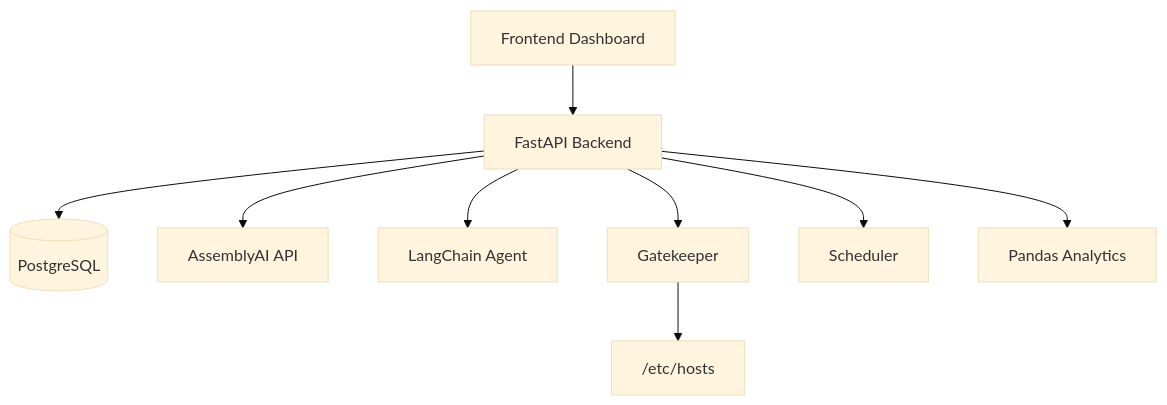
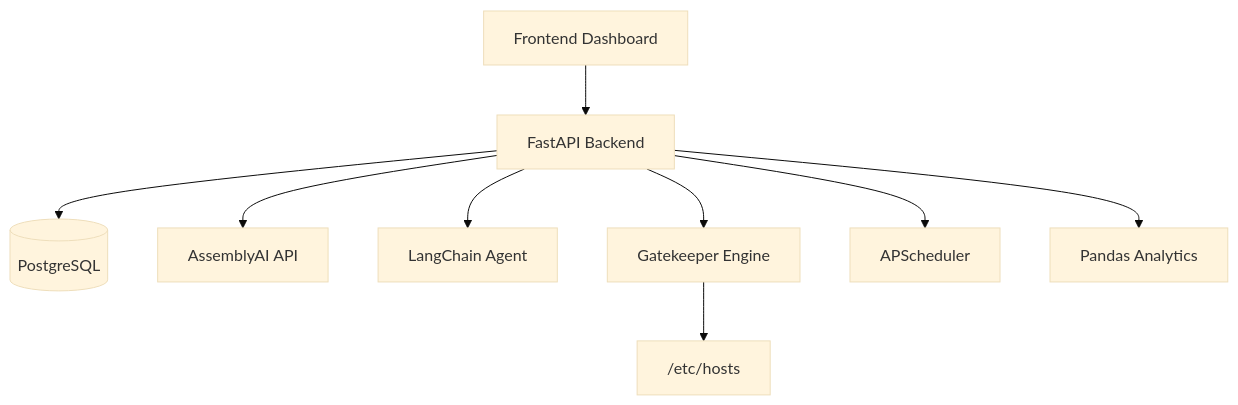
Before and after one commit to Harsha0Sree/Daemon: the first of 2 diagrams in README.md, drawn with Mermaid (base theme). The commit also changed other lines of this file, not shown here.

````diff
--- a/README.md
+++ b/README.md
@@ -42,14 +72,14 @@
 ```mermaid
 graph TD
 
 A[Frontend Dashboard] --> B[FastAPI Backend]
 
 B --> C[(PostgreSQL)]
 B --> D[AssemblyAI API]
 B --> E[LangChain Agent]
-B --> F[Gatekeeper]
-B --> G[Scheduler]
+B --> F[Gatekeeper Engine]
+B --> G[APScheduler]
 B --> H[Pandas Analytics]
 
 F --> I["/etc/hosts"]
 ```
````
